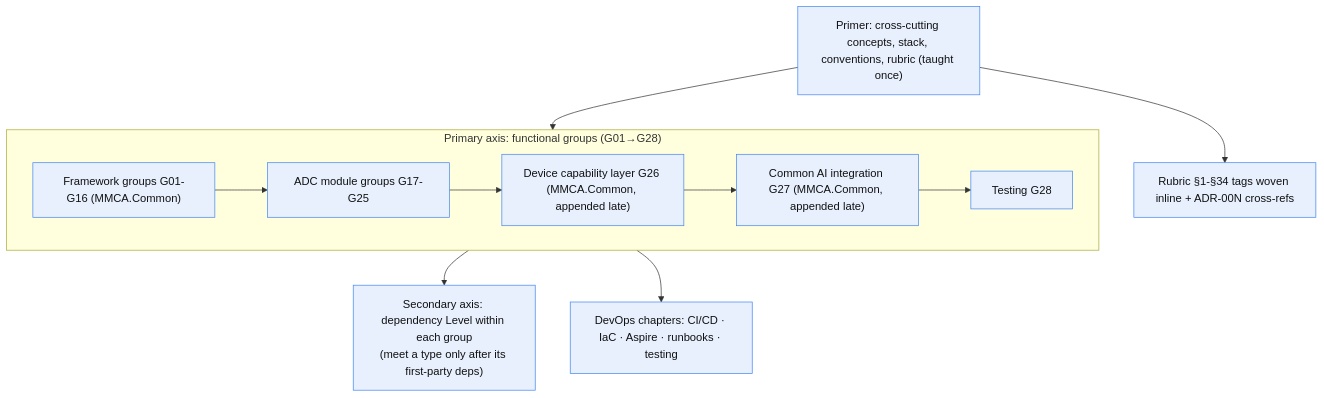
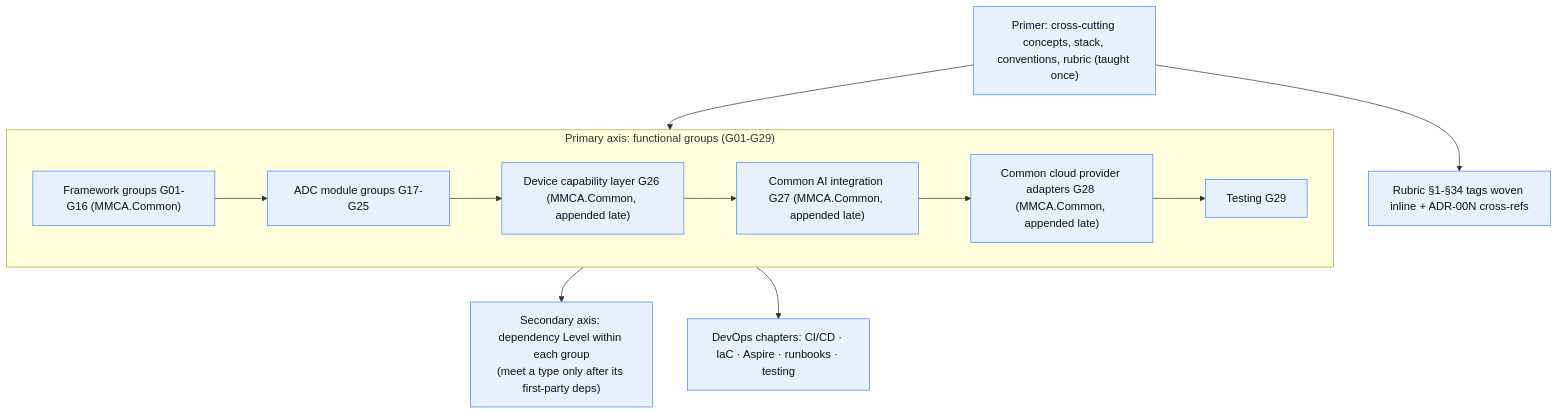
Before and after one commit to ivanball/ivanball.github.io: diagram 15 of 15 in docs-src/onboarding/CONCEPT-MAPS.md, drawn with Mermaid. The commit also changed other lines of this file and 84 other files, not shown here.

First line of the commit message:
docs(onboarding): 2026-10-29 drift sweep + cloud provider adapters chapter (#289)

````diff
--- a/docs-src/onboarding/CONCEPT-MAPS.md
+++ b/docs-src/onboarding/CONCEPT-MAPS.md
@@ -920,26 +947,27 @@
 ```mermaid
 flowchart TD
     PRIMER["Primer: cross-cutting concepts, stack, conventions, rubric (taught once)"]
 
-    subgraph AXIS1["Primary axis: functional groups (G01→G28)"]
+    subgraph AXIS1["Primary axis: functional groups (G01-G29)"]
         FW["Framework groups G01-G16 (MMCA.Common)"]
         ADCG["ADC module groups G17-G25"]
         CAPG["Device capability layer G26 (MMCA.Common, appended late)"]
         AIG["Common AI integration G27 (MMCA.Common, appended late)"]
-        TESTG["Testing G28"]
-        FW --> ADCG --> CAPG --> AIG --> TESTG
+        CLDG["Common cloud provider adapters G28 (MMCA.Common, appended late)"]
+        TESTG["Testing G29"]
+        FW --> ADCG --> CAPG --> AIG --> CLDG --> TESTG
     end
 
     AXIS2["Secondary axis: dependency Level within each group<br/>(meet a type only after its first-party deps)"]
 
     LENS["Rubric §1-§34 tags woven inline + ADR-00N cross-refs"]
     DEVOPS["DevOps chapters: CI/CD · IaC · Aspire · runbooks · testing"]
 
     PRIMER --> AXIS1
     PRIMER --> LENS
     AXIS1 --> AXIS2
     AXIS1 --> DEVOPS
 
     classDef m fill:#e8f0fe,stroke:#4285f4,color:#111
-    class PRIMER,FW,ADCG,CAPG,AIG,TESTG,AXIS2,LENS,DEVOPS m
+    class PRIMER,FW,ADCG,CAPG,AIG,CLDG,TESTG,AXIS2,LENS,DEVOPS m
 ```
````
